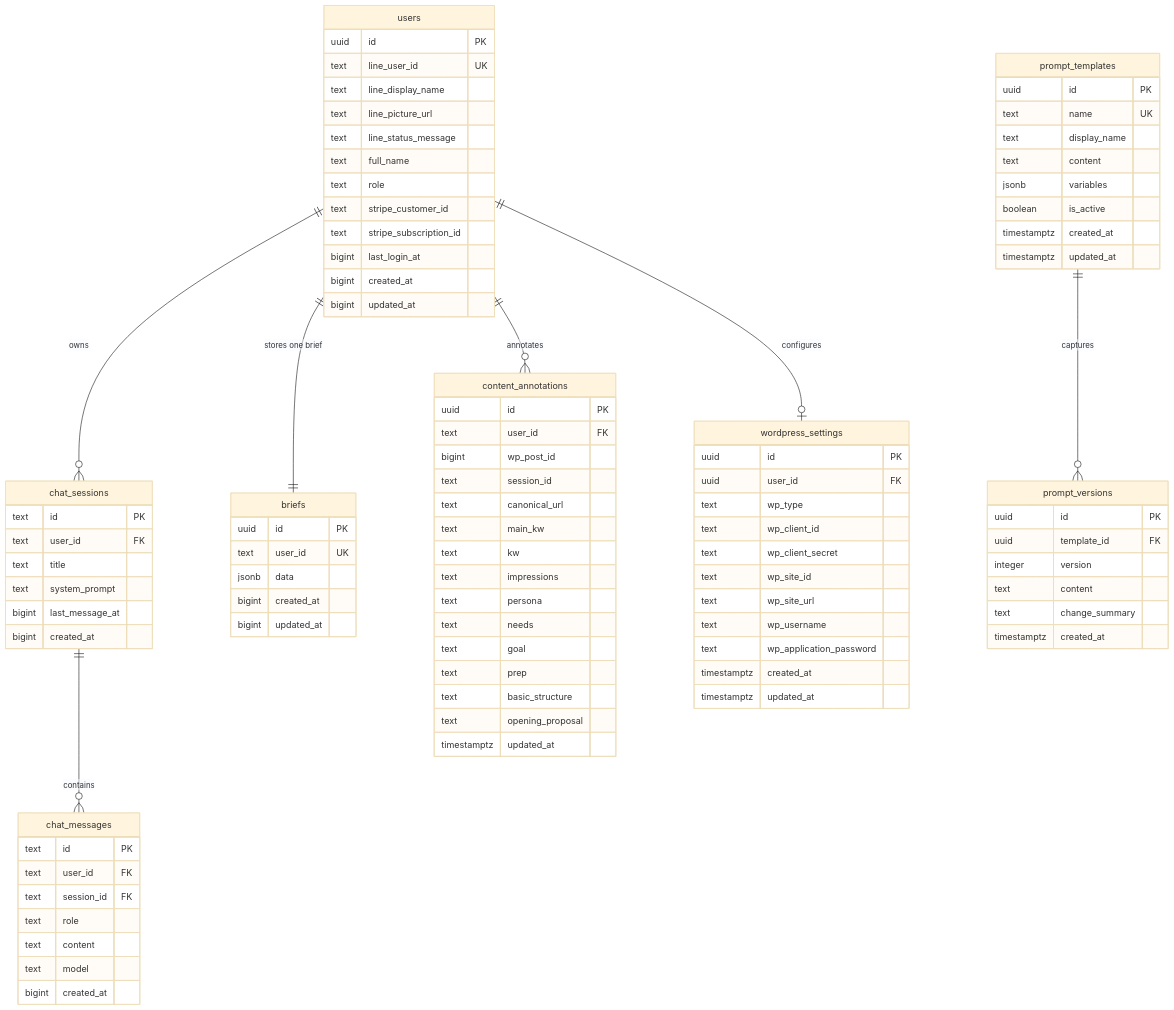
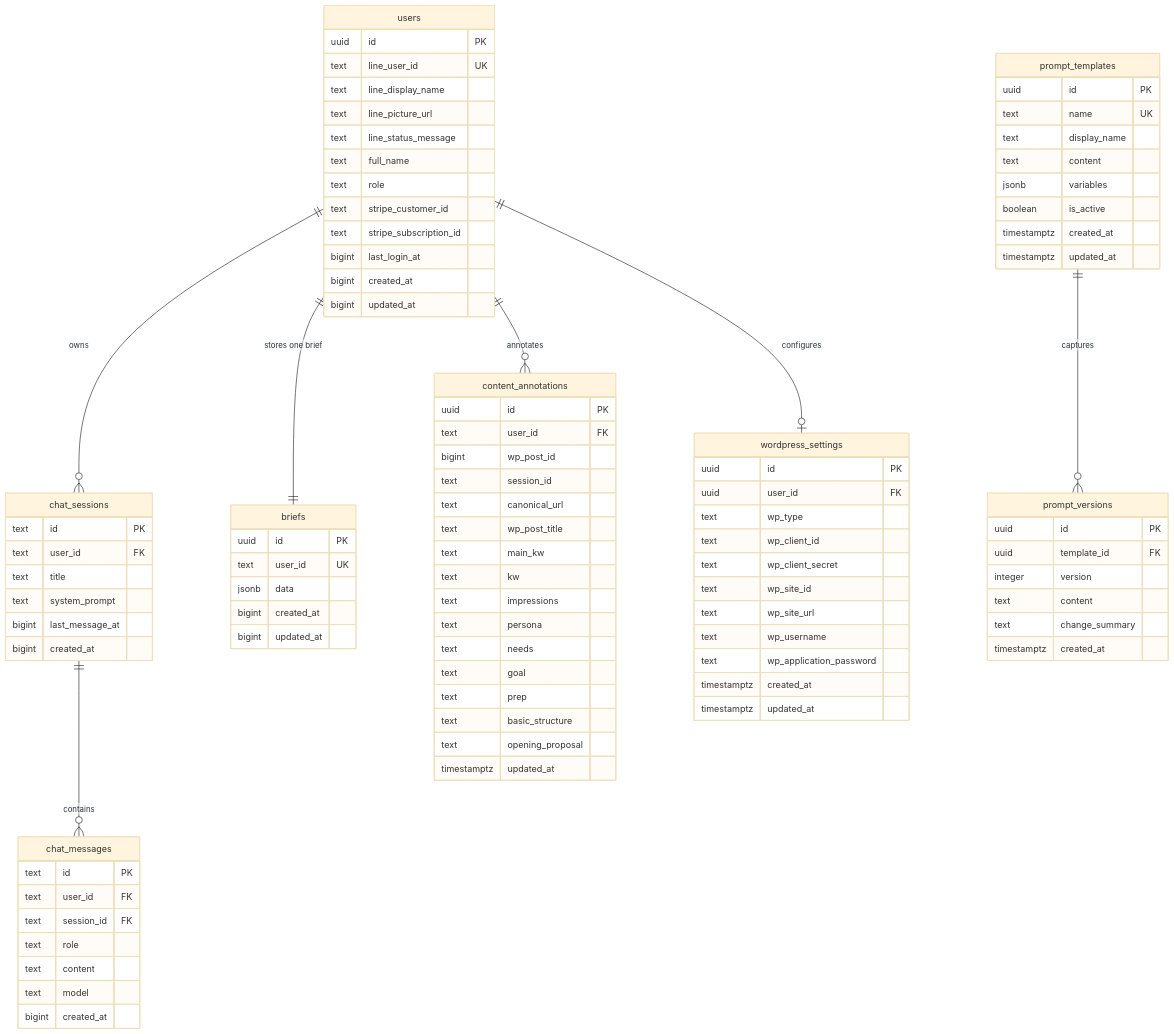
Before and after one commit to shoma-endo/industry-specific-mc-training: the third of 3 diagrams in README.md, drawn with Mermaid (base theme). The commit also changed 12 other files, not shown here.

```diff
--- a/README.md
+++ b/README.md
@@ -210,6 +210,7 @@
         bigint wp_post_id
         text session_id
         text canonical_url
+        text wp_post_title
         text main_kw
         text kw
         text impressions
```
